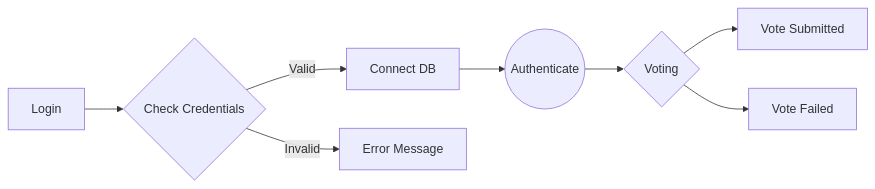
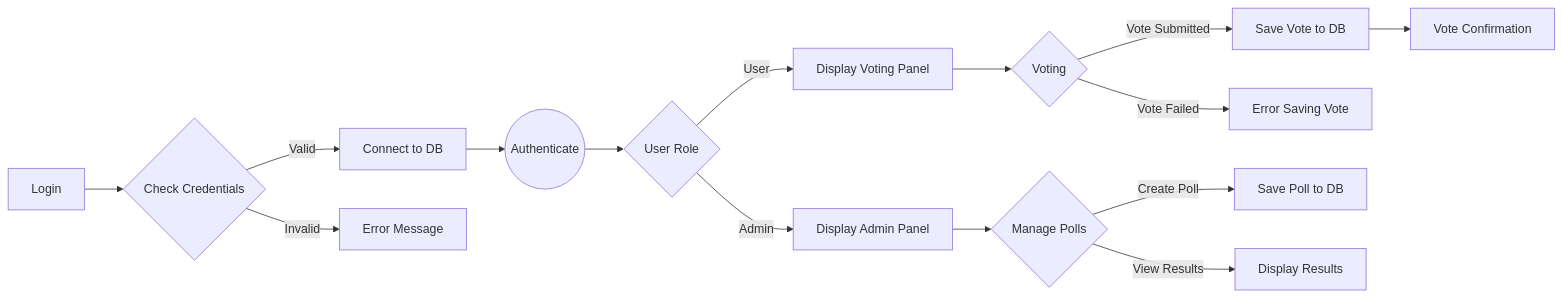
One commit to Patr0sss/VoteVision_IO changed the first of 2 diagrams in README.md. Above: the diagram before and after it, drawn with Mermaid. The commit also changed other lines of this file, not shown here.

````diff
--- a/README.md
+++ b/README.md
@@ -119,10 +112,18 @@
 ```mermaid
 graph LR
-A[Login] --> B{Check Credentials}
-B -- Valid --> C[Connect DB]
-B -- Invalid --> E[Error Message]
-C --> D((Authenticate))
-D --> F{Voting}
-F --> G[Vote Submitted]
-F --> H[Vote Failed]
+    A[Login] --> B{Check Credentials}
+    B -- Valid --> C[Connect to DB]
+    B -- Invalid --> E[Error Message]
+    C --> D((Authenticate))
+    D --> F{User Role}
+    F -- User --> G[Display Voting Panel]
+    F -- Admin --> H[Display Admin Panel]
+    G --> I{Voting}
+    I -- Vote Submitted --> J[Save Vote to DB]
+    I -- Vote Failed --> K[Error Saving Vote]
+    J --> L[Vote Confirmation]
+    H --> M{Manage Polls}
+    M -- Create Poll --> N[Save Poll to DB]
+    M -- View Results --> O[Display Results]
+
 ```
````
